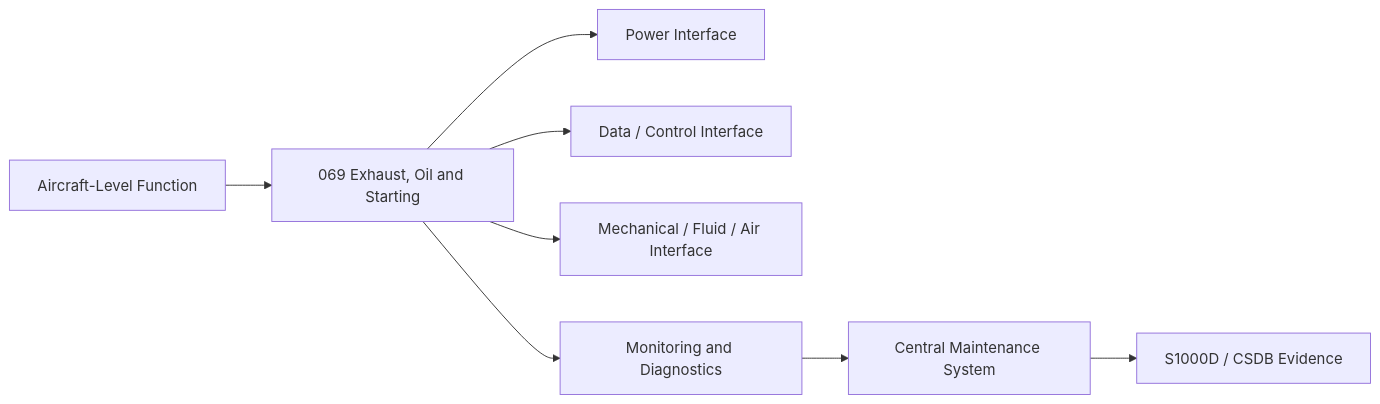
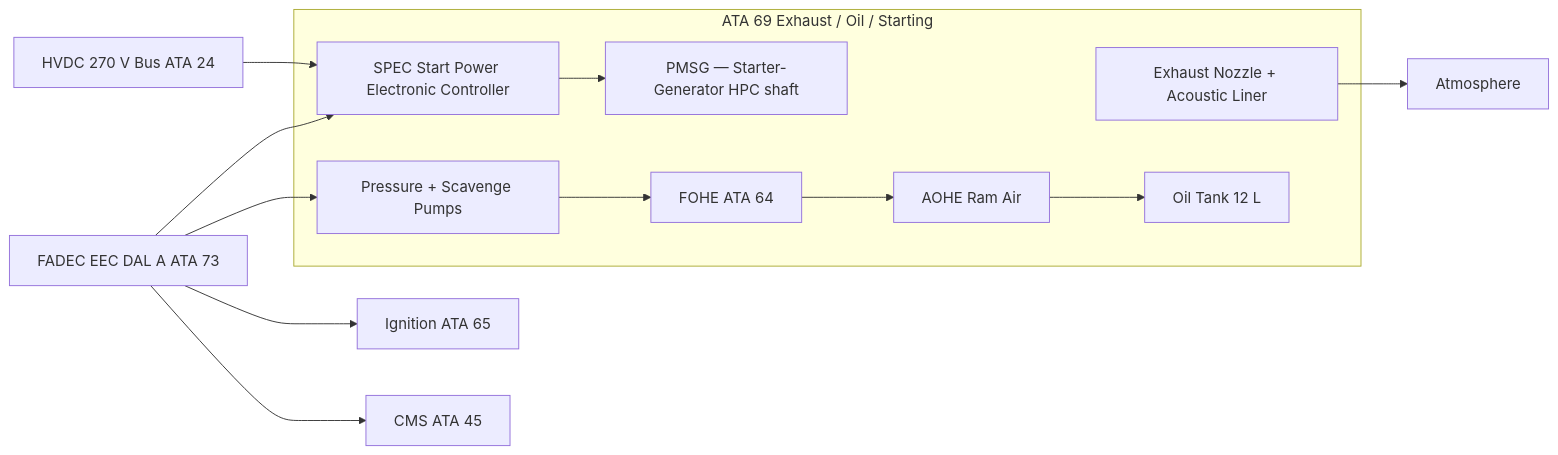
One commit to AmedeoPelliccia/Qplus-For-All-Queer-People-and-Quantum changed the first of 2 diagrams in Q+ATLANTIDE/000-099_ATLAS/060-069_Propulsion-Tradicional/069_Exhaust-Oil-and-Starting/069-000-Exhaust-Oil-and-Starting-General.md. Above: the diagram before and after it, drawn with Mermaid. The commit also changed other lines of this file and 19 other files, not shown here.

First line of the commit message:
docs: rewrite 068_Engine-Indicating and 069_Exhaust-Oil-Starting — 20 files contextualized for AMPEL360E eWTW

````diff
--- a/Q+ATLANTIDE/000-099_ATLAS/060-069_Propulsion-Tradicional/069_Exhaust-Oil-and-Starting/069-000-Exhaust-Oil-and-Starting-General.md
+++ b/Q+ATLANTIDE/000-099_ATLAS/060-069_Propulsion-Tradicional/069_Exhaust-Oil-and-Starting/069-000-Exhaust-Oil-and-Starting-General.md
@@ -153,10 +101,19 @@
 ```mermaid
 flowchart LR
-    A[Aircraft-Level Function] --> B[069 Exhaust, Oil and Starting]
-    B --> C[Power Interface]
-    B --> D[Data / Control Interface]
-    B --> E[Mechanical / Fluid / Air Interface]
-    B --> F[Monitoring and Diagnostics]
-    F --> G[Central Maintenance System]
-    G --> H[S1000D / CSDB Evidence]
+    subgraph ATA69[ATA 69 Exhaust / Oil / Starting]
+        EXHST[Exhaust Nozzle + Acoustic Liner]
+        OIL_TANK[Oil Tank 12 L]
+        OIL_PUMP[Pressure + Scavenge Pumps]
+        FOHE[FOHE ATA 64]
+        AOHE[AOHE Ram Air]
+        PMSG[PMSG — Starter-Generator HPC shaft]
+        SPEC[SPEC Start Power Electronic Controller]
+    end
+    HVDC[HVDC 270 V Bus ATA 24] --> SPEC --> PMSG
+    FADEC[FADEC EEC DAL A ATA 73] --> SPEC
+    FADEC --> OIL_PUMP
+    OIL_PUMP --> FOHE --> AOHE --> OIL_TANK
+    EXHST --> ATMOSPHERE[Atmosphere]
+    FADEC --> IGNITION[Ignition ATA 65]
+    FADEC --> CMS[CMS ATA 45]
 ```
````
